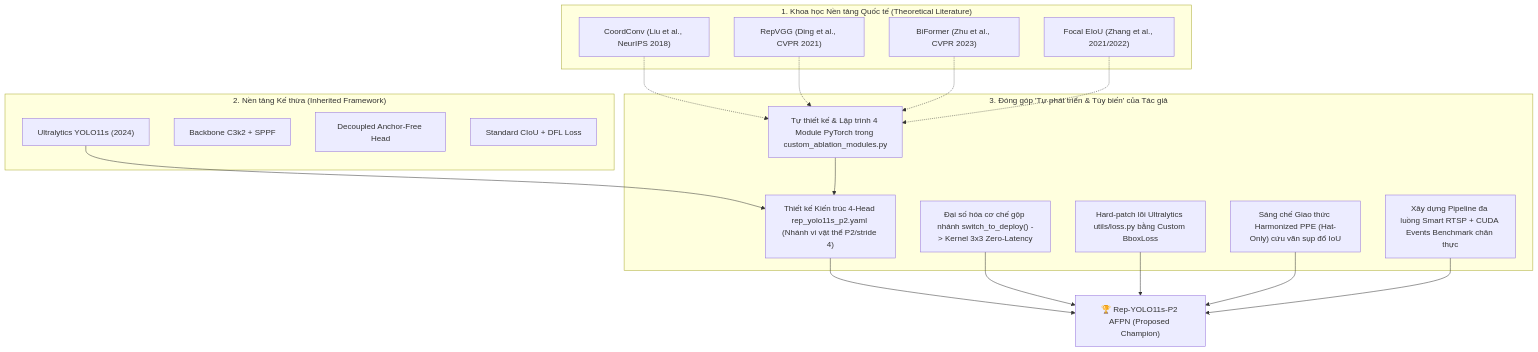
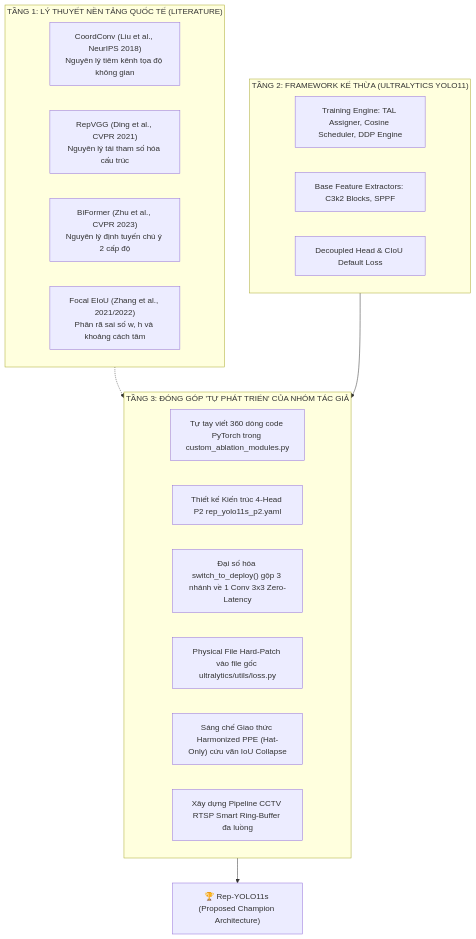
Before and after one commit to hannhu11/AI-Capstone---Rep-YOLOv11-CoordConv-BiFormer-Focal-EIoU: the second of 3 diagrams in CAPSTONE_MASTER_CONTRIBUTIONS_AND_STAGES_AUTOPSY.md, drawn with Mermaid. The commit also changed other lines of this file and 55 other files, not shown here.

````diff
--- a/CAPSTONE_MASTER_CONTRIBUTIONS_AND_STAGES_AUTOPSY.md
+++ b/CAPSTONE_MASTER_CONTRIBUTIONS_AND_STAGES_AUTOPSY.md
@@ -53,37 +166,28 @@
 ```mermaid
 graph TD
-    subgraph Literature["1. Khoa học Nền tảng Quốc tế (Theoretical Literature)"]
-        L1["CoordConv (Liu et al., NeurIPS 2018)"]
-        L2["RepVGG (Ding et al., CVPR 2021)"]
-        L3["BiFormer (Zhu et al., CVPR 2023)"]
-        L4["Focal EIoU (Zhang et al., 2021/2022)"]
+    subgraph Layer1["TẦNG 1: LÝ THUYẾT NỀN TẢNG QUỐC TẾ (LITERATURE)"]
+        L1["CoordConv (Liu et al., NeurIPS 2018)<br>Nguyên lý tiêm kênh tọa độ không gian"]
+        L2["RepVGG (Ding et al., CVPR 2021)<br>Nguyên lý tái tham số hóa cấu trúc"]
+        L3["BiFormer (Zhu et al., CVPR 2023)<br>Nguyên lý định tuyến chú ý 2 cấp độ"]
+        L4["Focal EIoU (Zhang et al., 2021/2022)<br>Phân rã sai số w, h và khoảng cách tâm"]
     end
 
-    subgraph Framework["2. Nền tảng Kế thừa (Inherited Framework)"]
-        U1["Ultralytics YOLO11s (2024)"]
-        U2["Backbone C3k2 + SPPF"]
-        U3["Decoupled Anchor-Free Head"]
-        U4["Standard CIoU + DFL Loss"]
+    subgraph Layer2["TẦNG 2: FRAMEWORK KẾ THỪA (ULTRALYTICS YOLO11)"]
+        U1["Training Engine: TAL Assigner, Cosine Scheduler, DDP Engine"]
+        U2["Base Feature Extractors: C3k2 Blocks, SPPF"]
+        U3["Decoupled Head & CIoU Default Loss"]
     end
 
-    subgraph Custom["3. Đóng góp 'Tự phát triển & Tùy biến' của Tác giả"]
-        C1["Tự thiết kế & Lập trình 4 Module PyTorch trong custom_ablation_modules.py"]
-        C2["Thiết kế Kiến trúc 4-Head rep_yolo11s_p2.yaml (Nhánh vi vật thể P2/stride 4)"]
-        C3["Đại số hóa cơ chế gộp nhánh switch_to_deploy() -> Kernel 3x3 Zero-Latency"]
-        C4["Hard-patch lõi Ultralytics utils/loss.py bằng Custom BboxLoss"]
-        C5["Sáng chế Giao thức Harmonized PPE (Hat-Only) cứu vãn sụp đổ IoU"]
-        C6["Xây dựng Pipeline đa luồng Smart RTSP + CUDA Events Benchmark chân thực"]
+    subgraph Layer3["TẦNG 3: ĐÓNG GÓP 'TỰ PHÁT TRIỂN' CỦA NHÓM TÁC GIẢ"]
+        C1["Tự tay viết 360 dòng code PyTorch trong custom_ablation_modules.py"]
+        C2["Thiết kế Kiến trúc 4-Head P2 rep_yolo11s_p2.yaml"]
+        C3["Đại số hóa switch_to_deploy() gộp 3 nhánh về 1 Conv 3x3 Zero-Latency"]
+        C4["Physical File Hard-Patch vào file gốc ultralytics/utils/loss.py"]
+        C5["Sáng chế Giao thức Harmonized PPE (Hat-Only) cứu vãn IoU Collapse"]
+        C6["Xây dựng Pipeline CCTV RTSP Smart Ring-Buffer đa luồng"]
     end
 
-    L1 -.-> C1
-    L2 -.-> C1
-    L3 -.-> C1
-    L4 -.-> C1
-    U1 --> C2
-    C1 --> C2
-    C2 --> FinalModel["🏆 Rep-YOLO11s-P2 AFPN (Proposed Champion)"]
-    C3 --> FinalModel
-    C4 --> FinalModel
-    C5 --> FinalModel
-    C6 --> FinalModel
+    Layer1 -.-> Layer3
+    Layer2 --> Layer3
+    Layer3 --> FinalEngine["🏆 Rep-YOLO11s (Proposed Champion Architecture)"]
 ```
````
